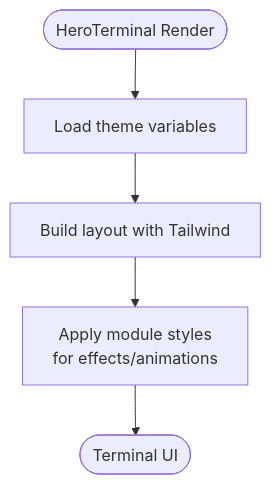
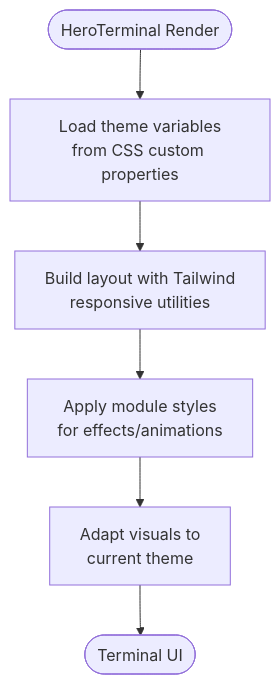
Before and after one commit to HassanAmeer/cheaprouter: the sixth of 10 diagrams in .qoder/repowiki/en/content/Frontend Architecture/Styling System.md, drawn with Mermaid. The commit also changed other lines of this file and 54 other files, not shown here.

````diff
--- a/.qoder/repowiki/en/content/Frontend Architecture/Styling System.md
+++ b/.qoder/repowiki/en/content/Frontend Architecture/Styling System.md
@@ -310,7 +319,8 @@
 ```mermaid
 flowchart TD
-Entry(["HeroTerminal Render"]) --> LoadVars["Load theme variables"]
-LoadVars --> BuildLayout["Build layout with Tailwind"]
+Entry(["HeroTerminal Render"]) --> LoadVars["Load theme variables<br/>from CSS custom properties"]
+LoadVars --> BuildLayout["Build layout with Tailwind<br/>responsive utilities"]
 BuildLayout --> ApplyModules["Apply module styles<br/>for effects/animations"]
-ApplyModules --> Output(["Terminal UI"])
+ApplyModules --> ThemeAdapt["Adapt visuals to<br/>current theme"]
+ThemeAdapt --> Output(["Terminal UI"])
 ```
````
